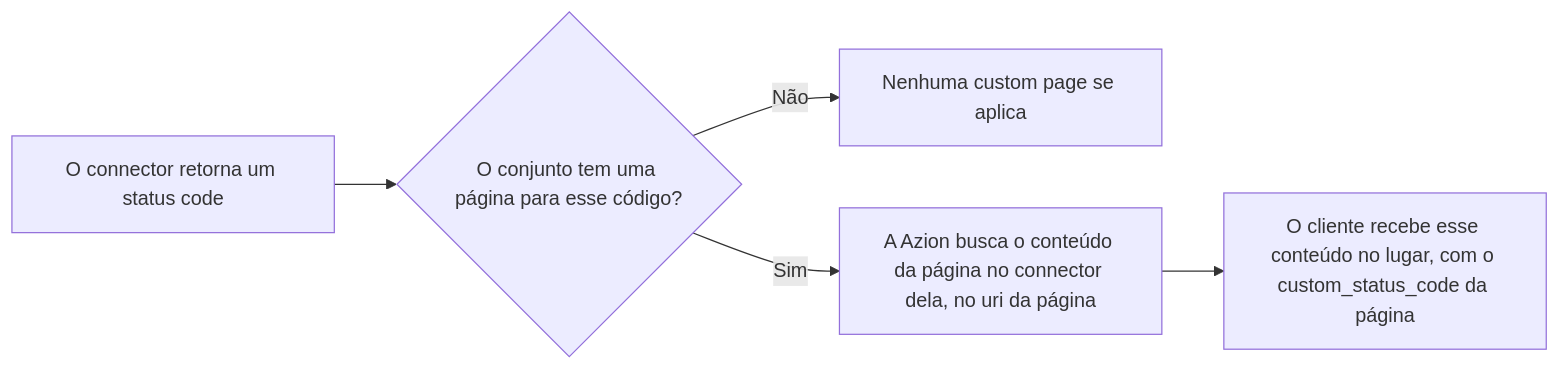
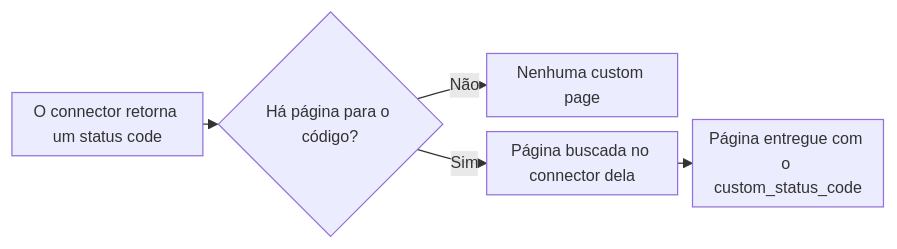
Before and after one commit to aziontech/docs: the third of 4 diagrams in src/content/docs/pt-br/pages/secure/workloads/como-funciona.mdx, drawn with Mermaid. The commit also changed other lines of this file and 5 other files, not shown here.

First line of the commit message:
docs(workloads): fit the section's diagrams to the frame without horizontal scroll

````diff
--- a/src/content/docs/pt-br/pages/secure/workloads/como-funciona.mdx
+++ b/src/content/docs/pt-br/pages/secure/workloads/como-funciona.mdx
@@ -165,7 +167,8 @@
 ```mermaid
+%%{init: {"layout": "dagre", "themeVariables": {"fontSize": "13px"}, "flowchart": {"nodeSpacing": 12, "rankSpacing": 12, "padding": 6, "wrappingWidth": 130, "minNodeWidth": 40, "useMaxWidth": true}}}%%
 flowchart LR
-  Status["O connector retorna um status code"] --> Match{"O conjunto tem uma página para esse código?"}
-  Match -->|"Não"| Orig["Nenhuma custom page se aplica"]
-  Match -->|"Sim"| Fetch["A Azion busca o conteúdo da página no connector dela, no uri da página"]
-  Fetch --> Resp["O cliente recebe esse conteúdo no lugar, com o custom_status_code da página"]
+  Status["O connector retorna um status code"] --> Match{"Há página para o código?"}
+  Match -->|"Não"| Orig["Nenhuma custom page"]
+  Match -->|"Sim"| Fetch["Página buscada no connector dela"]
+  Fetch --> Resp["Página entregue com o custom_status_code"]
 ```
````
